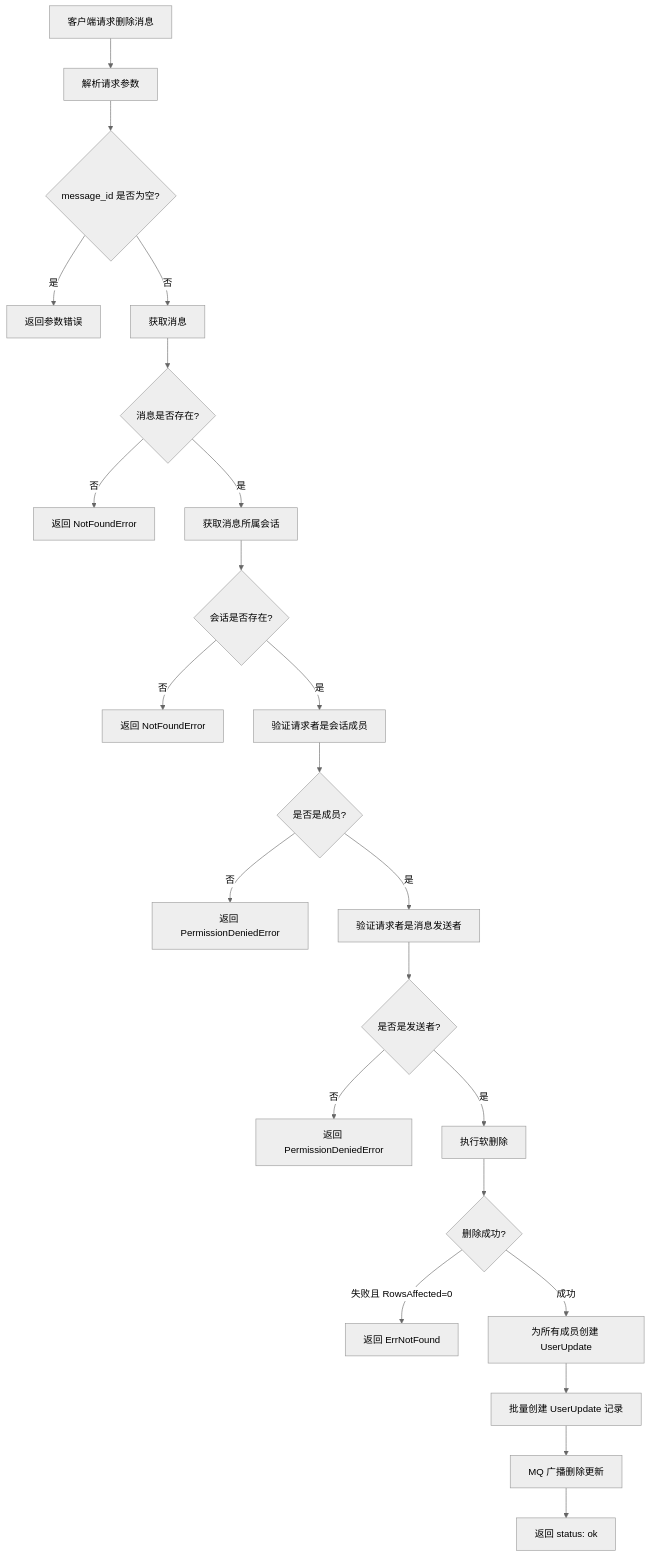
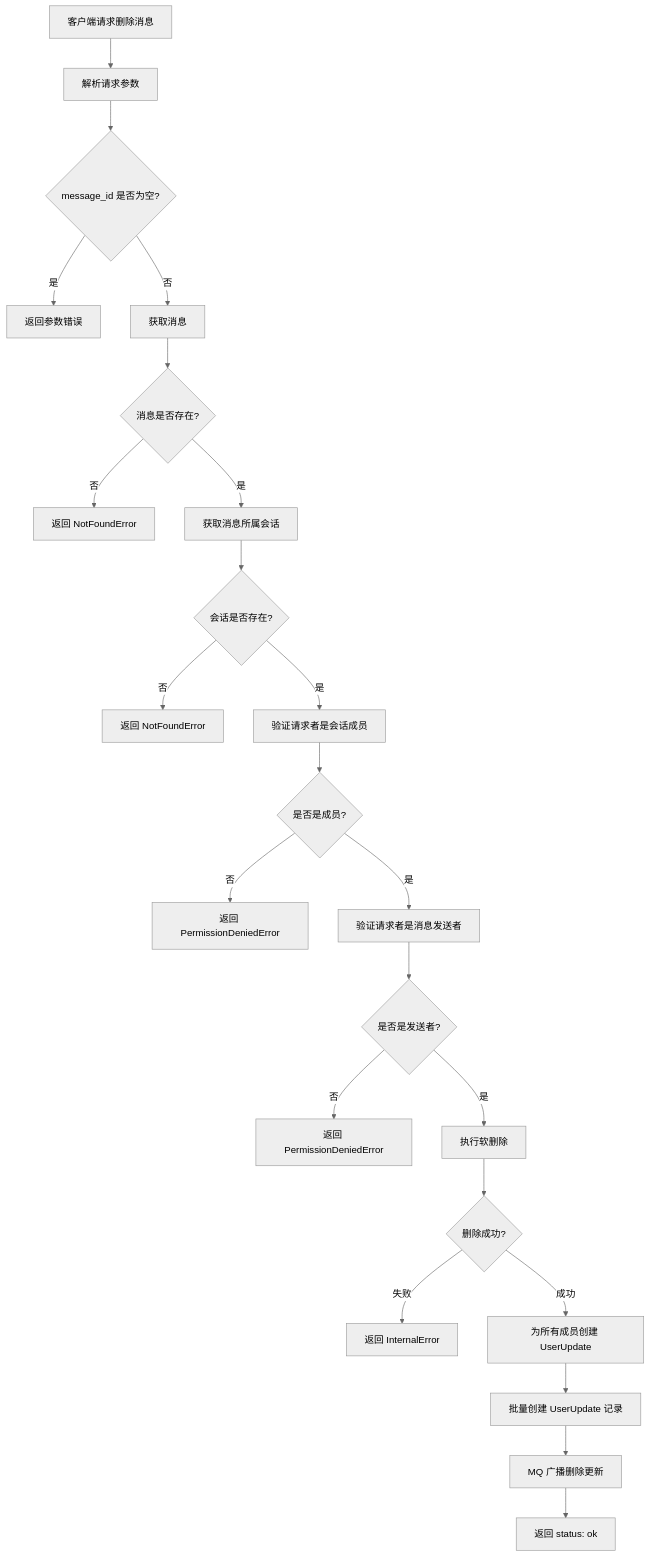
Before and after one commit to PineappleBond/xyncra-server: the third of 8 diagrams in wiki/flows/message.md, drawn with Mermaid (neutral theme). The commit also changed other lines of this file and 21 other files, not shown here.

First line of the commit message:
docs(wiki): fix accuracy and completeness issues across all flow documents

````diff
--- a/wiki/flows/message.md
+++ b/wiki/flows/message.md
@@ -152,25 +153,25 @@
 ```mermaid
 flowchart TD
     A[客户端请求删除消息] --> B[解析请求参数]
     B --> C{message_id 是否为空?}
     C -->|是| C1[返回参数错误]
     C -->|否| D[获取消息]
     D --> E{消息是否存在?}
     E -->|否| E1[返回 NotFoundError]
     E -->|是| F[获取消息所属会话]
     F --> G{会话是否存在?}
     G -->|否| G1[返回 NotFoundError]
     G -->|是| H[验证请求者是会话成员]
     H --> I{是否是成员?}
     I -->|否| I1[返回 PermissionDeniedError]
     I -->|是| J[验证请求者是消息发送者]
     J --> K{是否是发送者?}
     K -->|否| K1[返回 PermissionDeniedError]
     K -->|是| L[执行软删除]
     L --> M{删除成功?}
-    M -->|失败且 RowsAffected=0| M1[返回 ErrNotFound]
+    M -->|失败| M1[返回 InternalError]
     M -->|成功| N[为所有成员创建 UserUpdate]
     N --> O[批量创建 UserUpdate 记录]
     O --> P[MQ 广播删除更新]
     P --> Q[返回 status: ok]
 ```
````
